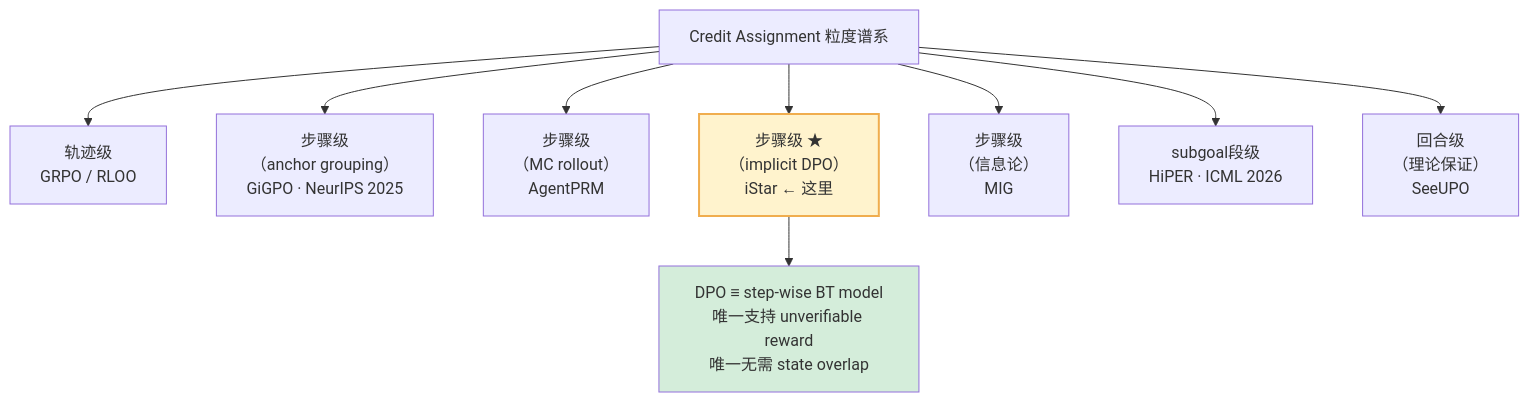
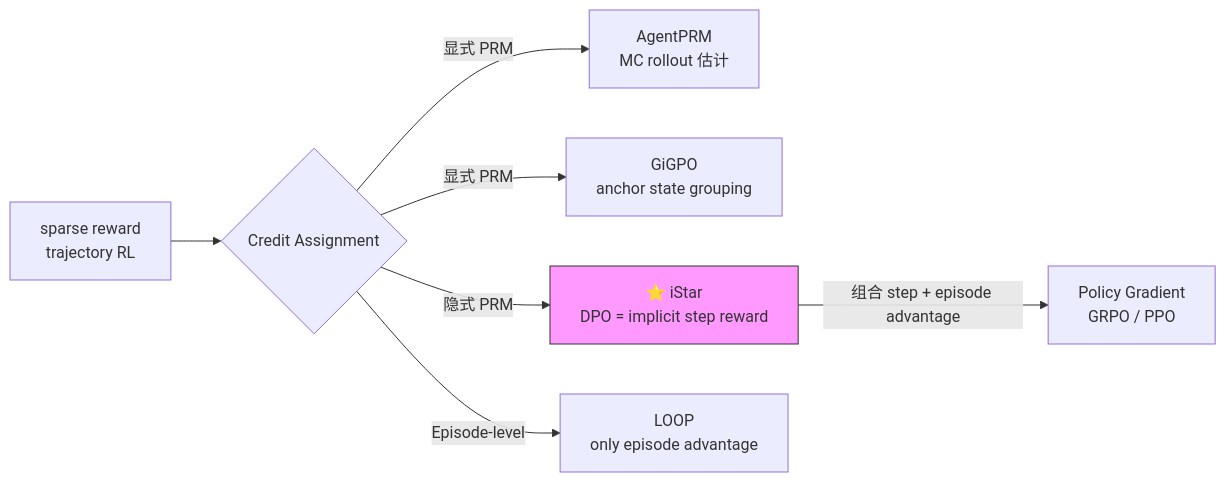
Before and after one commit to zhangjunmengyang/morpheus-vault: the diagram in AI/Agent/Agentic-RL/iStar-Implicit-Step-Rewards-Agentic-RL.md, drawn with Mermaid. The commit also changed other lines of this file and 87 other files, not shown here.

````diff
--- a/AI/Agent/Agentic-RL/iStar-Implicit-Step-Rewards-Agentic-RL.md
+++ b/AI/Agent/Agentic-RL/iStar-Implicit-Step-Rewards-Agentic-RL.md
@@ -216,15 +238,10 @@
 ```mermaid
-graph TD
-    A["Credit Assignment 粒度谱系"] --> B["轨迹级\nGRPO / RLOO"]
-    A --> C["步骤级\n（anchor grouping）\nGiGPO · NeurIPS 2025"]
-    A --> D["步骤级\n（MC rollout）\nAgentPRM"]
-    A --> E["步骤级 ★\n（implicit DPO）\niStar ← 这里"]
-    A --> F["步骤级\n（信息论）\nMIG"]
-    A --> G["subgoal段级\nHiPER · ICML 2026"]
-    A --> H["回合级\n（理论保证）\nSeeUPO"]
-
-    E --> E1["DPO ≡ step-wise BT model\n唯一支持 unverifiable reward\n唯一无需 state overlap"]
-
-    style E fill:#fff3cd,stroke:#f0ad4e,stroke-width:2px
-    style E1 fill:#d4edda
+graph LR
+    SR["sparse reward<br/>trajectory RL"] --> B{Credit Assignment}
+    B --> |显式 PRM| C1["AgentPRM<br/>MC rollout 估计"]
+    B --> |显式 PRM| C2["GiGPO<br/>anchor state grouping"]
+    B --> |隐式 PRM| C3["⭐ iStar<br/>DPO = implicit step reward"]
+    B --> |Episode-level| C4["LOOP<br/>only episode advantage"]
+    C3 --> |"组合 step + episode advantage"| PG["Policy Gradient<br/>GRPO / PPO"]
+    style C3 fill:#f9f,stroke:#333
 ```
````
